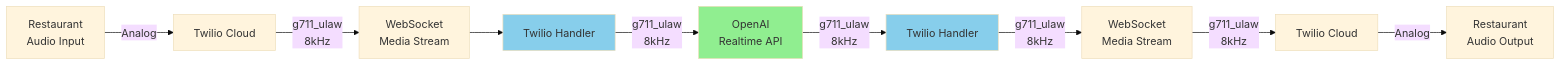
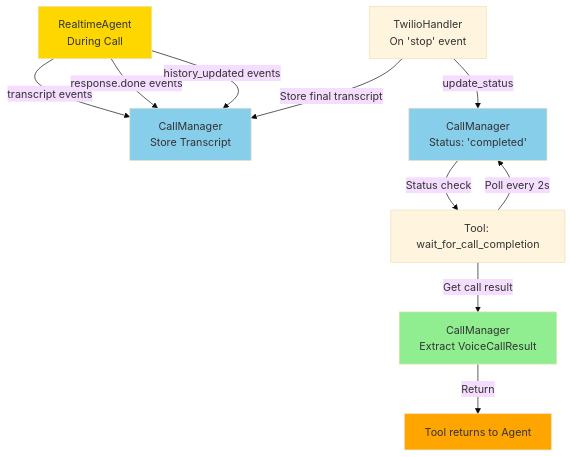
Before and after one commit to lethiess/ai-concierge: the third of 7 diagrams in docs/twilio_realtime_flow.md, drawn with Mermaid (base theme). The commit also changed other lines of this file, not shown here.

````diff
--- a/docs/twilio_realtime_flow.md
+++ b/docs/twilio_realtime_flow.md
@@ -103,16 +149,20 @@
 ```mermaid
-graph LR
-    Restaurant[Restaurant<br/>Audio Input] -->|Analog| TwilioCloud[Twilio Cloud]
-    TwilioCloud -->|g711_ulaw<br/>8kHz| WebSocket[WebSocket<br/>Media Stream]
-    WebSocket --> TwilioHandler[Twilio Handler]
-    TwilioHandler -->|g711_ulaw<br/>8kHz| RealtimeAPI[OpenAI<br/>Realtime API]
+graph TD
+    A[RealtimeAgent<br/>During Call] -->|transcript events| B[CallManager<br/>Store Transcript]
+    A -->|response.done events| B
+    A -->|history_updated events| B
     
-    RealtimeAPI -->|g711_ulaw<br/>8kHz| TwilioHandler2[Twilio Handler]
-    TwilioHandler2 -->|g711_ulaw<br/>8kHz| WebSocket2[WebSocket<br/>Media Stream]
-    WebSocket2 -->|g711_ulaw<br/>8kHz| TwilioCloud2[Twilio Cloud]
-    TwilioCloud2 -->|Analog| Restaurant2[Restaurant<br/>Audio Output]
+    C[TwilioHandler<br/>On 'stop' event] -->|update_status| D[CallManager<br/>Status: 'completed']
+    C -->|Store final transcript| B
     
-    style TwilioHandler fill:#87ceeb
-    style TwilioHandler2 fill:#87ceeb
-    style RealtimeAPI fill:#90ee90
+    E[Tool: wait_for_call_completion] -->|Poll every 2s| D
+    D -->|Status check| E
+    E -->|Get call result| F[CallManager<br/>Extract VoiceCallResult]
+    F -->|Return| G[Tool returns to Agent]
+    
+    style A fill:#ffd700
+    style B fill:#87ceeb
+    style D fill:#87ceeb
+    style F fill:#90ee90
+    style G fill:#ffa500
 ```
````
